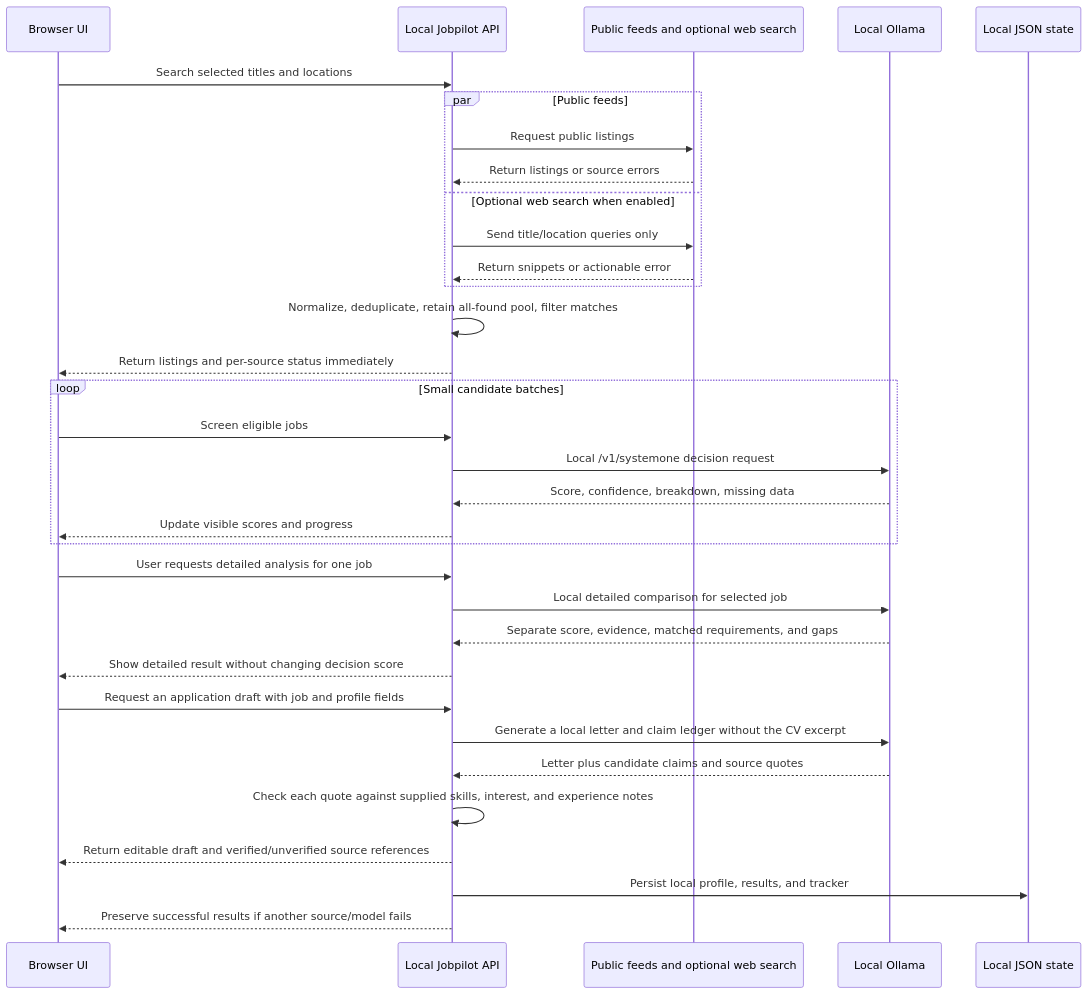
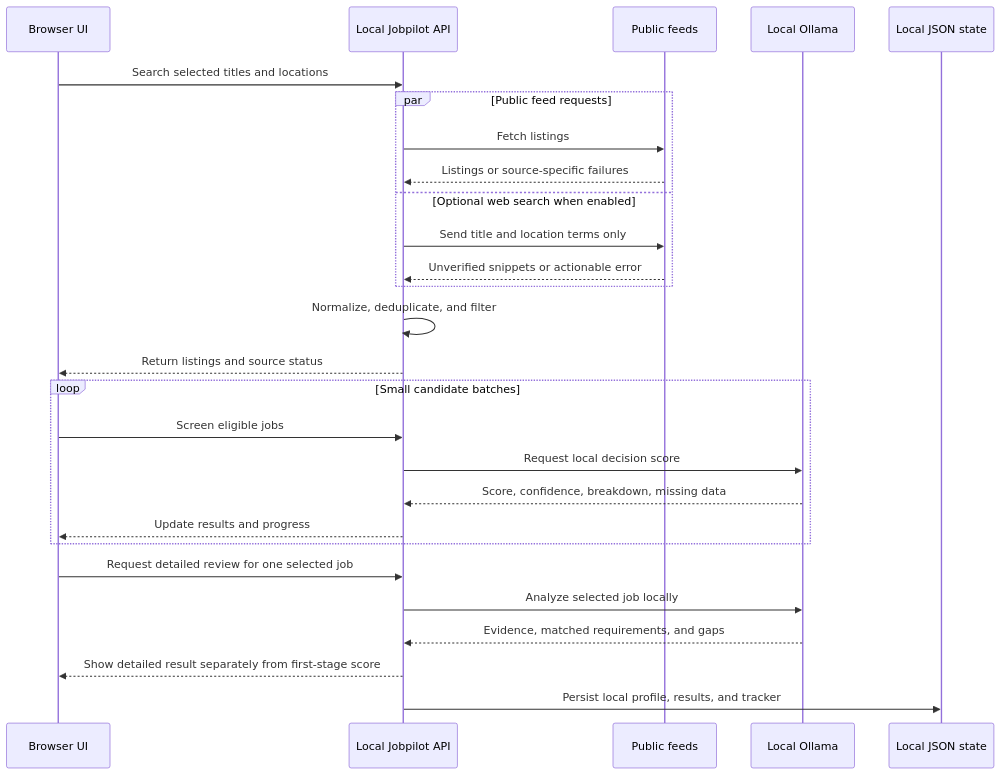
Before and after one commit to sinariazi/jobpilot: the third of 4 diagrams in README.md, drawn with Mermaid. The commit also changed other lines of this file, not shown here.

````diff
--- a/README.md
+++ b/README.md
@@ -246,36 +191,30 @@
 ```mermaid
 sequenceDiagram
     participant UI as Browser UI
     participant App as Local Jobpilot API
-    participant Sources as Public feeds and optional web search
+    participant Sources as Public feeds
     participant AI as Local Ollama
     participant State as Local JSON state
 
     UI->>App: Search selected titles and locations
-    par Public feeds
-        App->>Sources: Request public listings
-        Sources-->>App: Return listings or source errors
+    par Public feed requests
+        App->>Sources: Fetch listings
+        Sources-->>App: Listings or source-specific failures
     and Optional web search when enabled
-        App->>Sources: Send title/location queries only
-        Sources-->>App: Return snippets or actionable error
+        App->>Sources: Send title and location terms only
+        Sources-->>App: Unverified snippets or actionable error
     end
-    App->>App: Normalize, deduplicate, retain all-found pool, filter matches
-    App-->>UI: Return listings and per-source status immediately
+    App->>App: Normalize, deduplicate, and filter
+    App-->>UI: Return listings and source status
     loop Small candidate batches
         UI->>App: Screen eligible jobs
-        App->>AI: Local /v1/systemone decision request
+        App->>AI: Request local decision score
         AI-->>App: Score, confidence, breakdown, missing data
-        App-->>UI: Update visible scores and progress
+        App-->>UI: Update results and progress
     end
-    UI->>App: User requests detailed analysis for one job
-    App->>AI: Local detailed comparison for selected job
-    AI-->>App: Separate score, evidence, matched requirements, and gaps
-    App-->>UI: Show detailed result without changing decision score
-    UI->>App: Request an application draft with job and profile fields
-    App->>AI: Generate a local letter and claim ledger without the CV excerpt
-    AI-->>App: Letter plus candidate claims and source quotes
-    App->>App: Check each quote against supplied skills, interest, and experience notes
-    App-->>UI: Return editable draft and verified/unverified source references
+    UI->>App: Request detailed review for one selected job
+    App->>AI: Analyze selected job locally
+    AI-->>App: Evidence, matched requirements, and gaps
+    App-->>UI: Show detailed result separately from first-stage score
     App->>State: Persist local profile, results, and tracker
-    App-->>UI: Preserve successful results if another source/model fails
 ```
````
